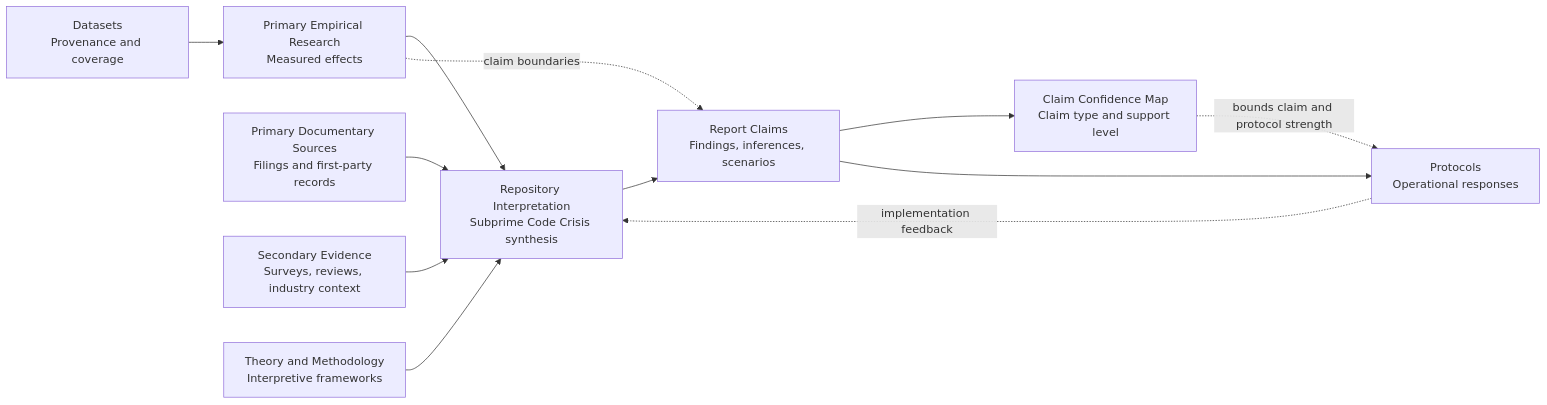
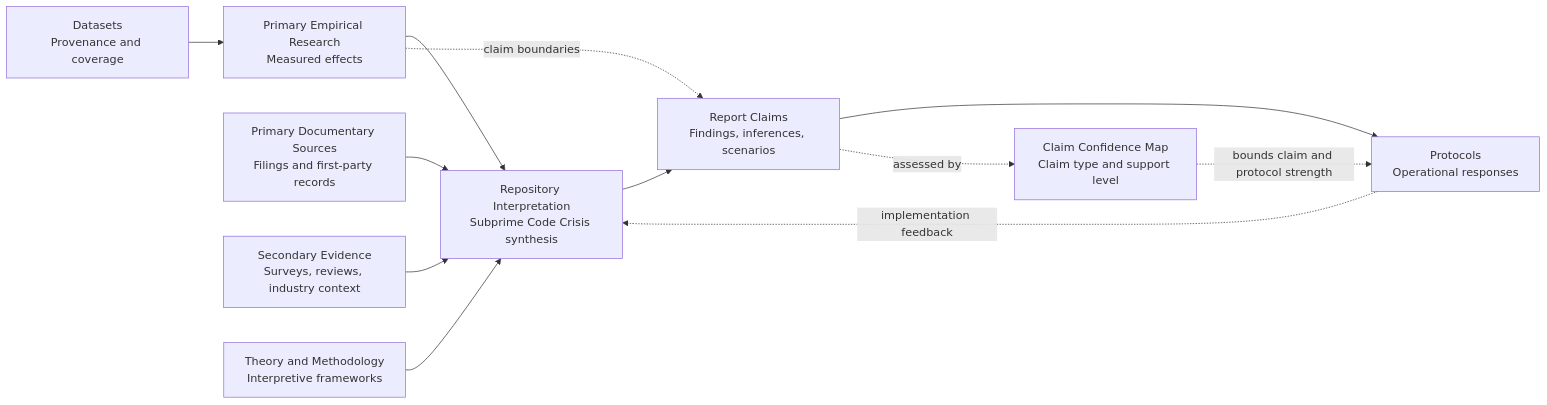
The first of 3 diagrams in README.md (UncertaintyArchitectureGroup/The-Subprime-Code-Crisis), drawn with Mermaid before and after one commit. The commit also changed other lines of this file, not shown here.

````diff
--- a/README.md
+++ b/README.md
@@ -84,25 +84,25 @@
 ```mermaid
 flowchart LR
     P[Primary Empirical Research<br/>Measured effects]
     F[Primary Documentary Sources<br/>Filings and first-party records]
     S[Secondary Evidence<br/>Surveys, reviews, industry context]
     T[Theory and Methodology<br/>Interpretive frameworks]
     D[Datasets<br/>Provenance and coverage]
     I[Repository Interpretation<br/>Subprime Code Crisis synthesis]
     R[Report Claims<br/>Findings, inferences, scenarios]
     C[Claim Confidence Map<br/>Claim type and support level]
     O[Protocols<br/>Operational responses]
 
     D --> P
     P --> I
     F --> I
     S --> I
     T --> I
     I --> R
-    R --> C
     R --> O
+    R -. assessed by .-> C
     C -. bounds claim and protocol strength .-> O
 
     P -. claim boundaries .-> R
     O -. implementation feedback .-> I
 ```
````
